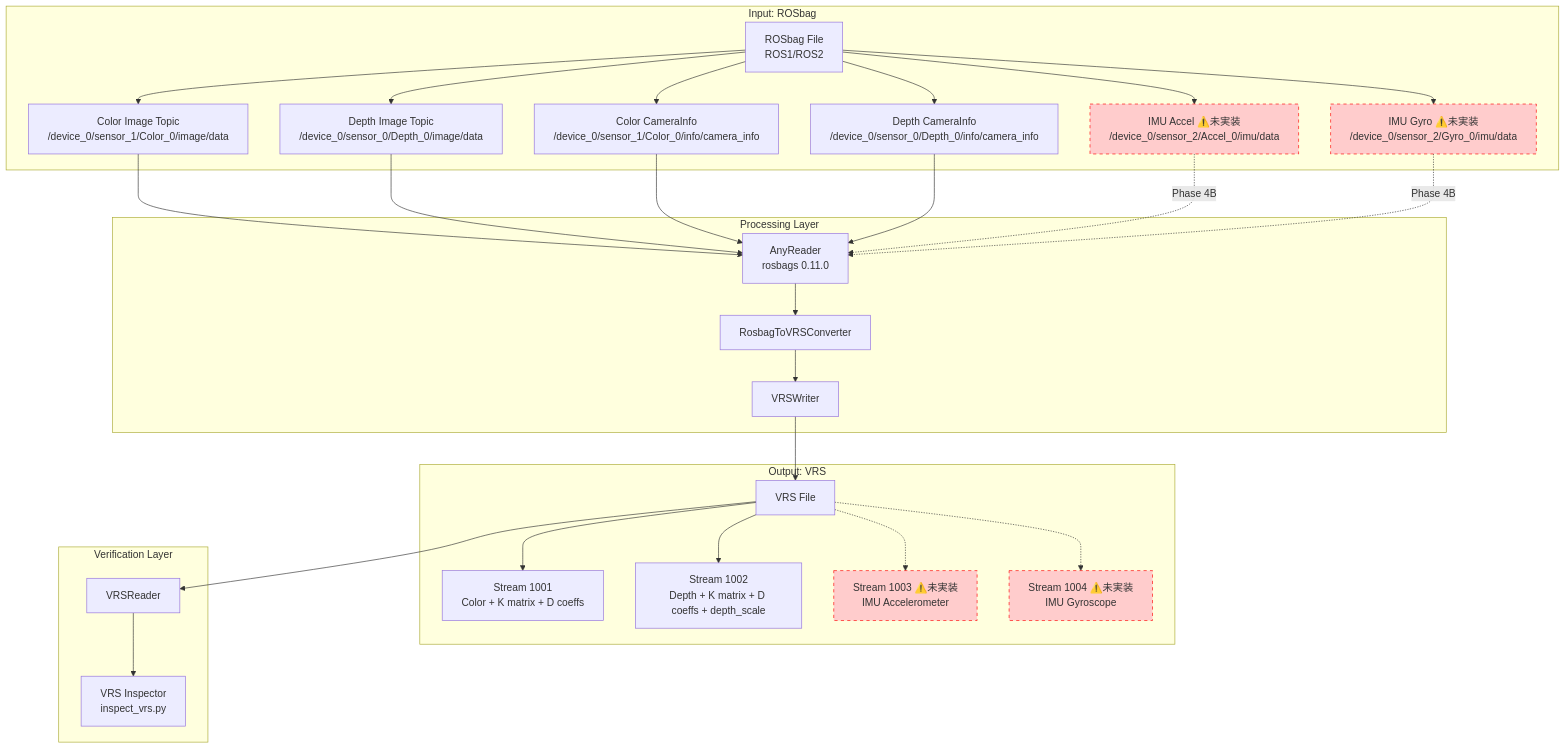
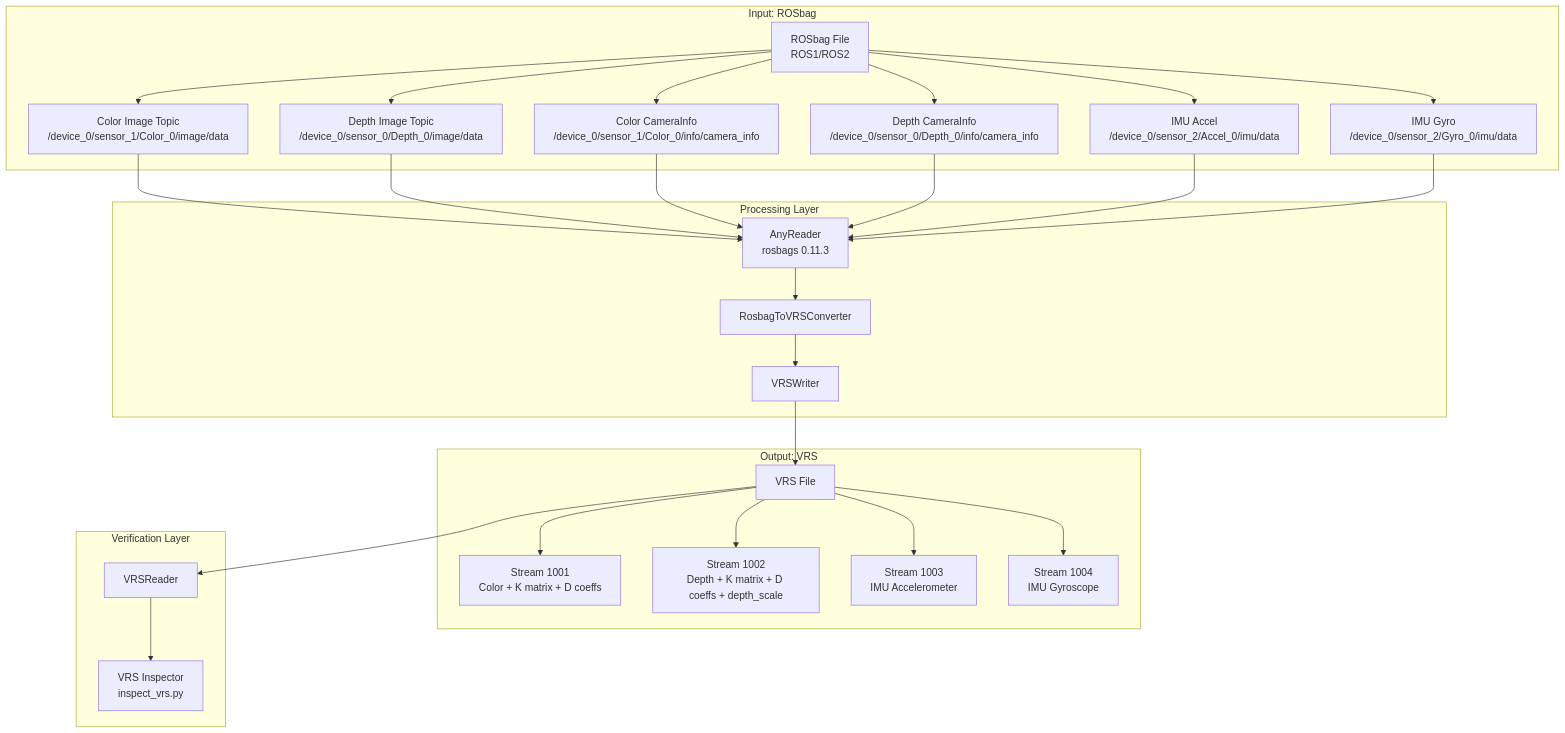
Before and after one commit to yuki-inaho/realsense_rosbag_vrs_sandbox: the first of 4 diagrams in docs/IMPLEMENTATION.md, drawn with Mermaid. The commit also changed other lines of this file and 53 other files, not shown here.

````diff
--- a/docs/IMPLEMENTATION.md
+++ b/docs/IMPLEMENTATION.md
@@ -23,62 +23,58 @@
 ```mermaid
 graph TB
     subgraph "Input: ROSbag"
         RB[ROSbag File<br/>ROS1/ROS2]
         RB_COLOR[Color Image Topic<br/>/device_0/sensor_1/Color_0/image/data]
         RB_DEPTH[Depth Image Topic<br/>/device_0/sensor_0/Depth_0/image/data]
         RB_COLOR_INFO[Color CameraInfo<br/>/device_0/sensor_1/Color_0/info/camera_info]
         RB_DEPTH_INFO[Depth CameraInfo<br/>/device_0/sensor_0/Depth_0/info/camera_info]
-        RB_IMU_ACCEL[IMU Accel ⚠️未実装<br/>/device_0/sensor_2/Accel_0/imu/data]
-        RB_IMU_GYRO[IMU Gyro ⚠️未実装<br/>/device_0/sensor_2/Gyro_0/imu/data]
+        RB_IMU_ACCEL[IMU Accel<br/>/device_0/sensor_2/Accel_0/imu/data]
+        RB_IMU_GYRO[IMU Gyro<br/>/device_0/sensor_2/Gyro_0/imu/data]
 
         RB --> RB_COLOR
         RB --> RB_DEPTH
         RB --> RB_COLOR_INFO
         RB --> RB_DEPTH_INFO
         RB --> RB_IMU_ACCEL
         RB --> RB_IMU_GYRO
     end
 
     subgraph "Processing Layer"
-        READER[AnyReader<br/>rosbags 0.11.0]
+        READER[AnyReader<br/>rosbags 0.11.3]
         CONVERTER[RosbagToVRSConverter]
         WRITER[VRSWriter]
 
         RB_COLOR --> READER
         RB_DEPTH --> READER
         RB_COLOR_INFO --> READER
         RB_DEPTH_INFO --> READER
-        RB_IMU_ACCEL -.->|Phase 4B| READER
-        RB_IMU_GYRO -.->|Phase 4B| READER
+        RB_IMU_ACCEL --> READER
+        RB_IMU_GYRO --> READER
 
         READER --> CONVERTER
         CONVERTER --> WRITER
     end
 
     subgraph "Output: VRS"
         VRS[VRS File]
         STREAM1001[Stream 1001<br/>Color + K matrix + D coeffs]
         STREAM1002[Stream 1002<br/>Depth + K matrix + D coeffs + depth_scale]
-        STREAM1003[Stream 1003 ⚠️未実装<br/>IMU Accelerometer]
-        STREAM1004[Stream 1004 ⚠️未実装<br/>IMU Gyroscope]
+        STREAM1003[Stream 1003<br/>IMU Accelerometer]
+        STREAM1004[Stream 1004<br/>IMU Gyroscope]
 
         WRITER --> VRS
         VRS --> STREAM1001
         VRS --> STREAM1002
-        VRS -.-> STREAM1003
-        VRS -.-> STREAM1004
+        VRS --> STREAM1003
+        VRS --> STREAM1004
     end
 
     subgraph "Verification Layer"
         INSPECTOR[VRS Inspector<br/>inspect_vrs.py]
         VRS_READER[VRSReader]
 
         VRS --> VRS_READER
         VRS_READER --> INSPECTOR
     end
 
-    style RB_IMU_ACCEL fill:#ffcccc,stroke:#ff0000,stroke-dasharray: 5 5
-    style RB_IMU_GYRO fill:#ffcccc,stroke:#ff0000,stroke-dasharray: 5 5
-    style STREAM1003 fill:#ffcccc,stroke:#ff0000,stroke-dasharray: 5 5
-    style STREAM1004 fill:#ffcccc,stroke:#ff0000,stroke-dasharray: 5 5
 ```
````
